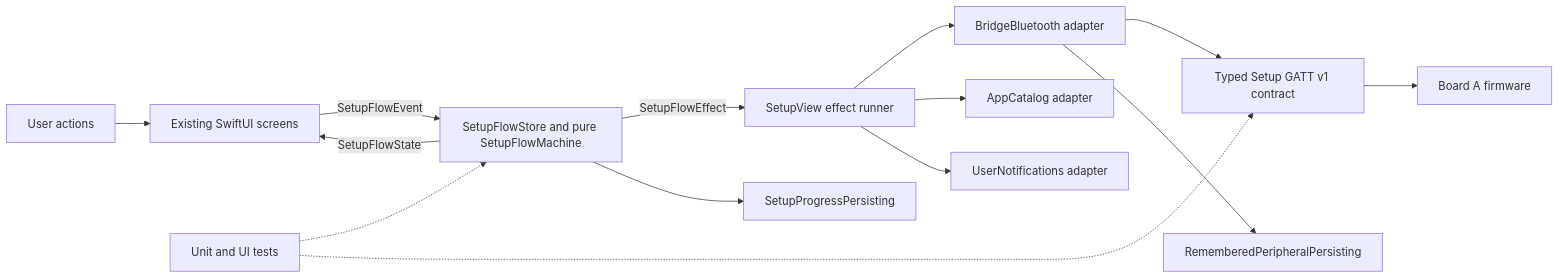
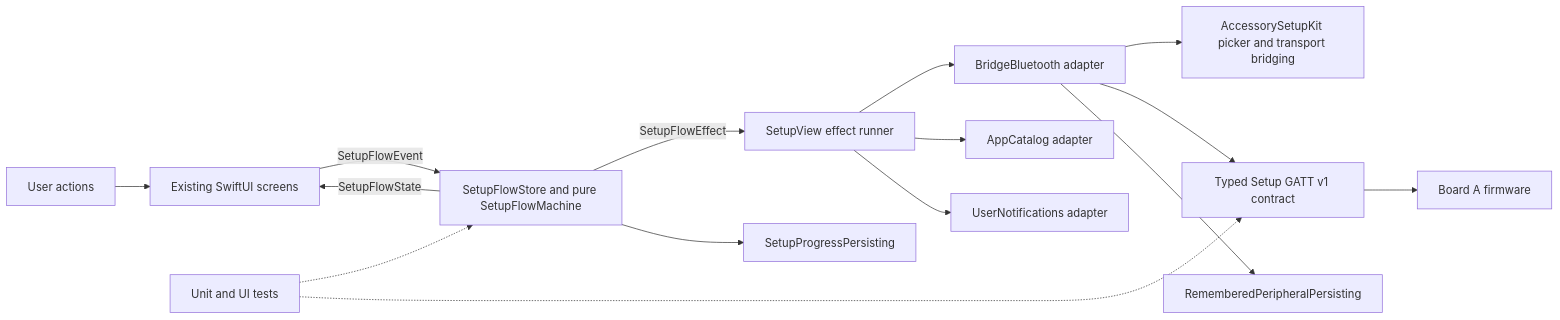
The first of 2 diagrams in ios/ARCHITECTURE.md (thomasgregg/DashBridge), drawn with Mermaid before and after one commit. The commit also changed other lines of this file and 12 other files, not shown here.

````diff
--- a/ios/ARCHITECTURE.md
+++ b/ios/ARCHITECTURE.md
@@ -20,20 +21,21 @@
 ```mermaid
 flowchart LR
     User[User actions] --> Views[Existing SwiftUI screens]
     Views -->|SetupFlowEvent| Flow[SetupFlowStore and pure SetupFlowMachine]
     Flow -->|SetupFlowState| Views
     Flow -->|SetupFlowEffect| Shell[SetupView effect runner]
 
     Shell --> BLE[BridgeBluetooth adapter]
+    BLE --> ASK[AccessorySetupKit picker and transport bridging]
     Shell --> Apps[AppCatalog adapter]
     Shell --> Notify[UserNotifications adapter]
 
     BLE --> Contract[Typed Setup GATT v1 contract]
     Contract --> BoardA[Board A firmware]
 
     Flow --> Progress[SetupProgressPersisting]
     BLE --> Peripheral[RememberedPeripheralPersisting]
 
     Tests[Unit and UI tests] -.-> Flow
     Tests -.-> Contract
 ```
````
